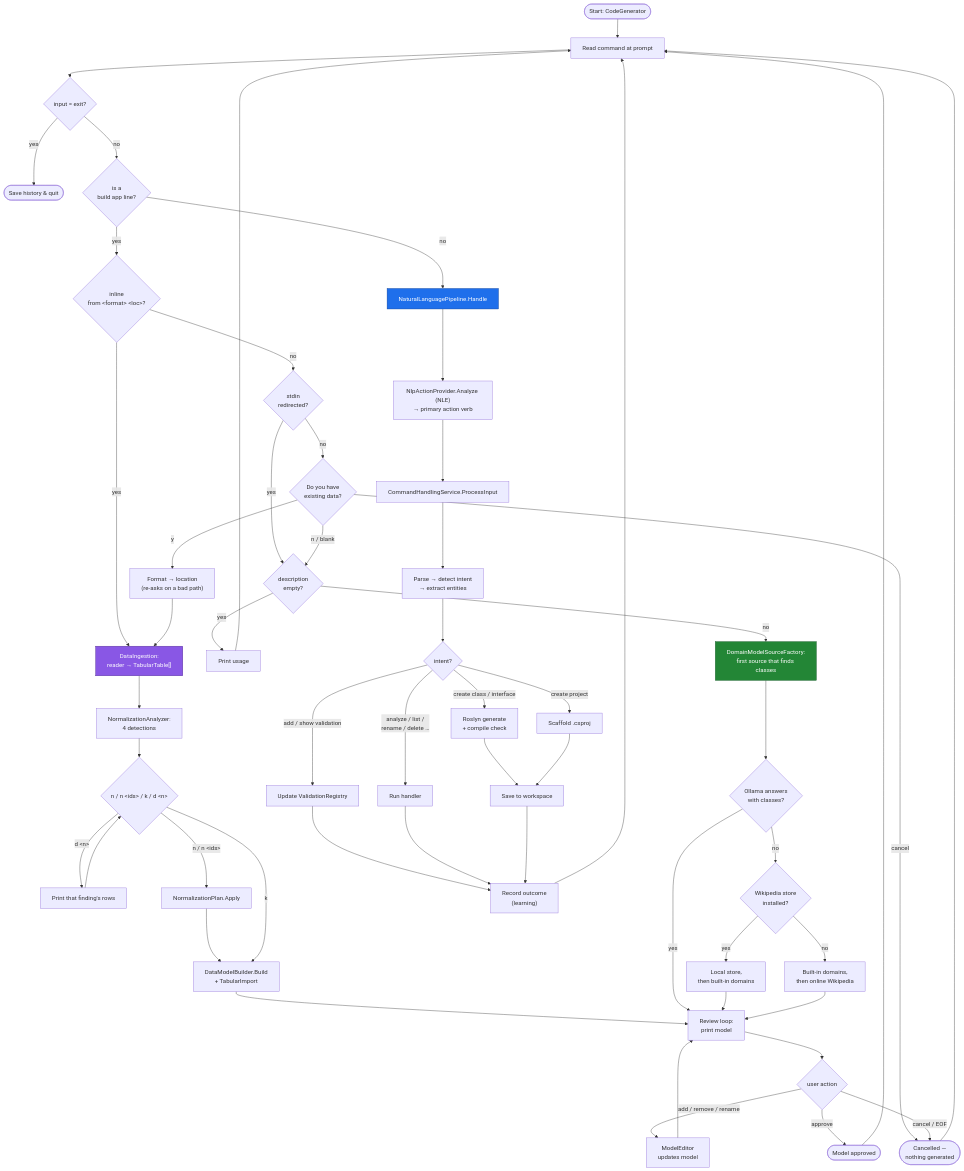
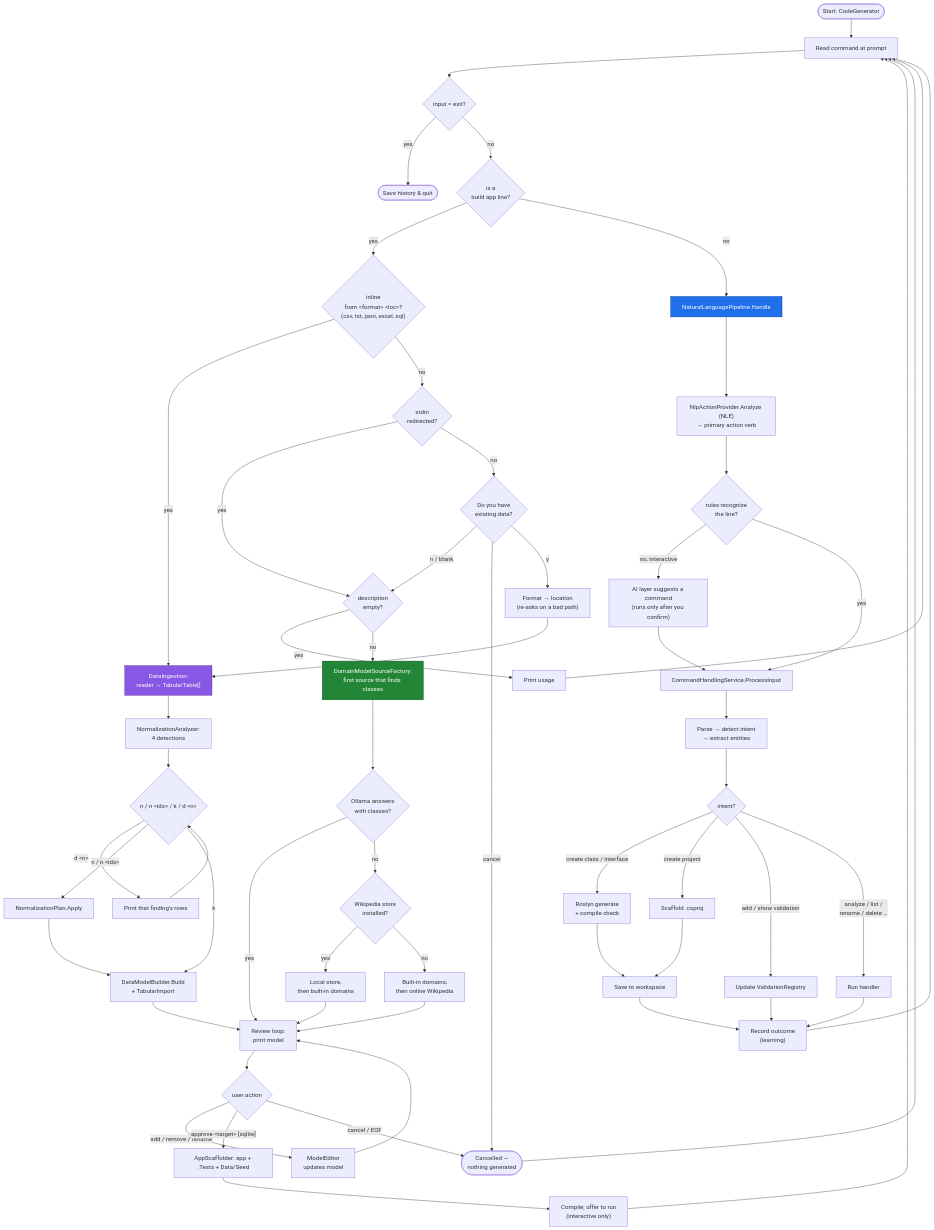
The first of 7 diagrams in docs/architecture.md (rohit-sharma444/SmartCodeGenerator), drawn with Mermaid before and after one commit. The commit also changed other lines of this file and 34 other files, not shown here.

First line of the commit message:
docs: refresh help, user manual, READMEs and diagrams against the code

````diff
--- a/docs/architecture.md
+++ b/docs/architecture.md
@@ -67,63 +71,65 @@
 ```mermaid
 flowchart TD
     start([Start: CodeGenerator]) --> read["Read command at prompt"]
     read --> exit{"input = exit?"}
     exit -- yes --> quit([Save history &amp; quit])
     exit -- no --> isbuild{"is a<br/>build app line?"}
 
     %% Front step: does the user already have data?
-    isbuild -- yes --> src{"inline<br/>from &lt;format&gt; &lt;loc&gt;?"}
+    isbuild -- yes --> src{"inline<br/>from &lt;format&gt; &lt;loc&gt;?<br/>(csv, txt, json, excel, sql)"}
     src -- yes --> readdata["DataIngestion:<br/>reader → TabularTable[]"]
     src -- no --> piped{"stdin<br/>redirected?"}
     piped -- yes --> desc
     piped -- no --> ask{"Do you have<br/>existing data?"}
     ask -- "n / blank" --> desc
     ask -- cancel --> cancelled
     ask -- y --> interview["Format → location<br/>(re-asks on a bad path)"]
     interview --> readdata
 
     %% Data path
     readdata --> norm["NormalizationAnalyzer:<br/>4 detections"]
     norm --> choose{"n / n &lt;ids&gt; / k / d &lt;n&gt;"}
     choose -- "d &lt;n&gt;" --> detail["Print that finding's rows"] --> choose
     choose -- "n / n &lt;ids&gt;" --> apply["NormalizationPlan.Apply"] --> build2
     choose -- k --> build2["DataModelBuilder.Build<br/>+ TabularImport"]
     build2 --> review
 
     %% Discovery path
     desc{"description<br/>empty?"}
     desc -- yes --> usage["Print usage"] --> read
     desc -- no --> discover["DomainModelSourceFactory:<br/>first source that finds classes"]
     discover --> ollama{"Ollama answers<br/>with classes?"}
     ollama -- yes --> review
     ollama -- no --> store{"Wikipedia store<br/>installed?"}
     store -- yes --> local["Local store,<br/>then built-in domains"]
     store -- no --> bundled["Built-in domains,<br/>then online Wikipedia"]
     local --> review["Review loop:<br/>print model"]
     bundled --> review
     review --> action{"user action"}
     action -- "add / remove / rename" --> edit["ModelEditor<br/>updates model"] --> review
-    action -- approve --> approved([Model approved]) --> read
+    action -- "approve &lt;target&gt; [sqlite]" --> scaffold["AppScaffolder: app + .Tests + Data/Seed"] --> built["Compile; offer to run<br/>(interactive only)"] --> read
     action -- "cancel / EOF" --> cancelled([Cancelled —<br/>nothing generated]) --> read
 
     %% Command path
     isbuild -- no --> handle["NaturalLanguagePipeline.Handle"]
     handle --> nle2["NlpActionProvider.Analyze (NLE)<br/>→ primary action verb"]
-    nle2 --> process["CommandHandlingService.ProcessInput"]
+    nle2 --> known{"rules recognize<br/>the line?"}
+    known -- "no, interactive" --> ai["AI layer suggests a command<br/>(runs only after you confirm)"] --> process
+    known -- yes --> process["CommandHandlingService.ProcessInput"]
     process --> parse["Parse → detect intent<br/>→ extract entities"]
     parse --> dispatch{"intent?"}
     dispatch -- "create class / interface" --> genclass["Roslyn generate<br/>+ compile check"]
     dispatch -- "create project" --> genproj["Scaffold .csproj"]
     dispatch -- "add / show validation" --> val["Update ValidationRegistry"]
     dispatch -- "analyze / list /<br/>rename / delete …" --> other["Run handler"]
     genclass --> save["Save to workspace"]
     genproj --> save
     val --> record["Record outcome<br/>(learning)"]
     other --> record
     save --> record
     record --> read
 
     style discover fill:#238636,stroke:#0f5323,color:#fff
     style handle fill:#1f6feb,stroke:#0b3d91,color:#fff
     style readdata fill:#8957e5,stroke:#4c2889,color:#fff
 ```
````
